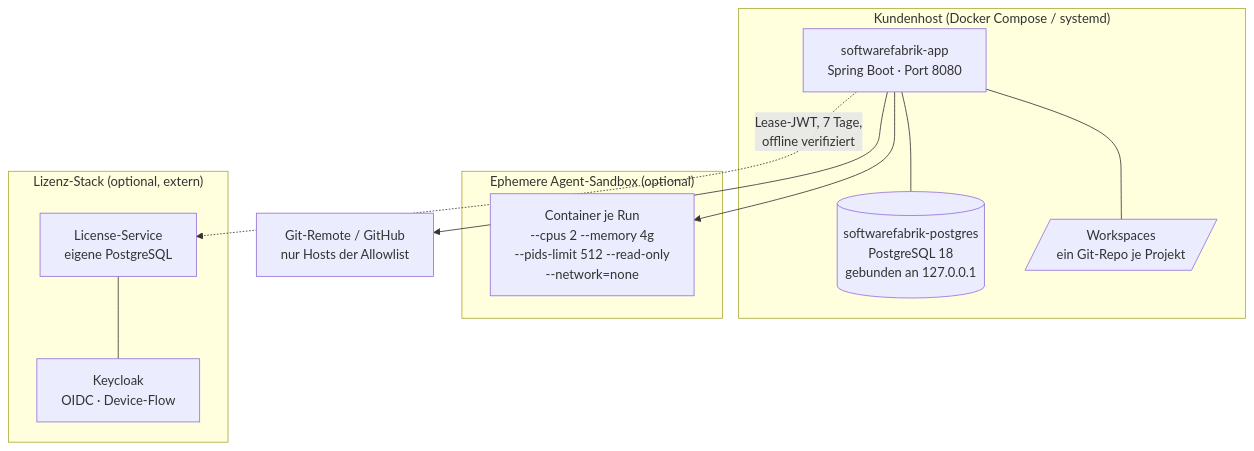
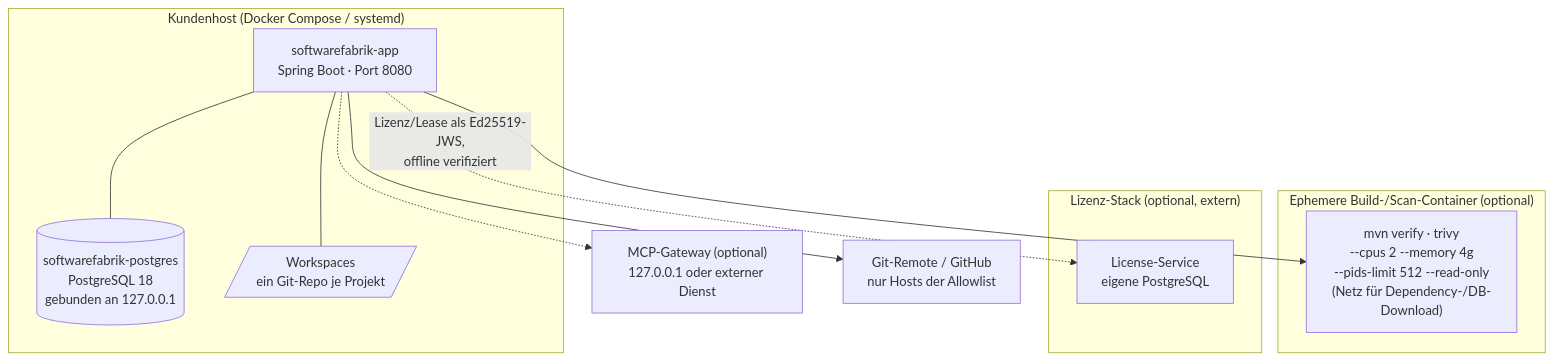
One commit to mjanda0815/agentic-publikation changed the ninth of 10 diagrams in quellen/softwarefabrik/03-systemdiagramme.md. Above: the diagram before and after it, drawn with Mermaid. The commit also changed other lines of this file and 57 other files, not shown here.

First line of the commit message:
Version 3.1: Abgleich auf SoftwareFabrik 0.38.0 (Spec-Driven Development, MCP-Absicherung, Offline-Verifier) (#1)

````diff
--- a/quellen/softwarefabrik/03-systemdiagramme.md
+++ b/quellen/softwarefabrik/03-systemdiagramme.md
@@ -326,26 +369,27 @@
 ```mermaid
 flowchart TB
     subgraph HOST["Kundenhost (Docker Compose / systemd)"]
         APP["softwarefabrik-app<br/>Spring Boot · Port 8080"]
         PG[("softwarefabrik-postgres<br/>PostgreSQL 18<br/>gebunden an 127.0.0.1")]
         WSV[/"Workspaces<br/>ein Git-Repo je Projekt"/]
         APP --- PG
         APP --- WSV
     end
 
-    subgraph SBX["Ephemere Agent-Sandbox (optional)"]
-        CT["Container je Run<br/>--cpus 2 --memory 4g<br/>--pids-limit 512 --read-only<br/>--network=none"]
+    subgraph SBX["Ephemere Build-/Scan-Container (optional)"]
+        CT["mvn verify · trivy<br/>--cpus 2 --memory 4g<br/>--pids-limit 512 --read-only<br/>(Netz für Dependency-/DB-Download)"]
     end
 
+    MG["MCP-Gateway (optional)<br/>127.0.0.1 oder externer Dienst"]
+
     subgraph LICS["Lizenz-Stack (optional, extern)"]
-        KC["Keycloak<br/>OIDC · Device-Flow"]
         LS["License-Service<br/>eigene PostgreSQL"]
     end
 
     REM["Git-Remote / GitHub<br/>nur Hosts der Allowlist"]
 
     APP --> CT
-    APP -. "Lease-JWT, 7 Tage,<br/>offline verifiziert" .-> LS
-    LS --- KC
+    APP -.-> MG
+    APP -. "Lizenz/Lease als Ed25519-JWS,<br/>offline verifiziert" .-> LS
     APP --> REM
 ```
````
